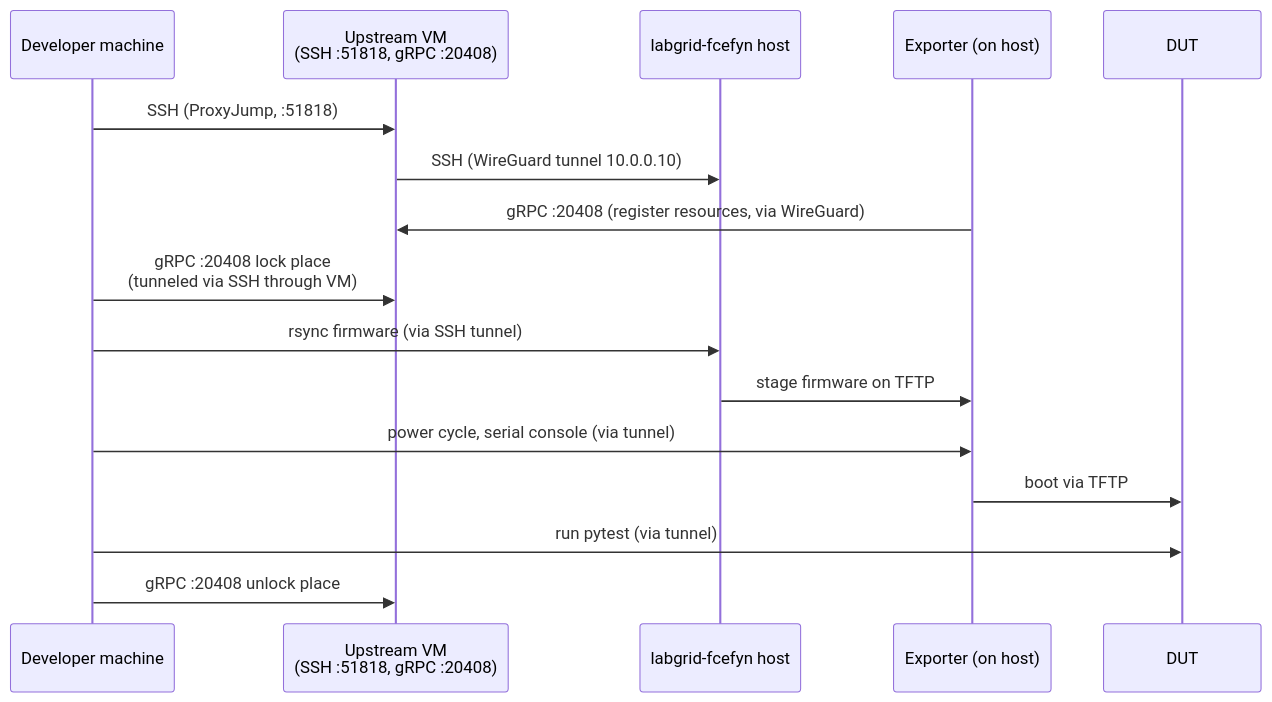
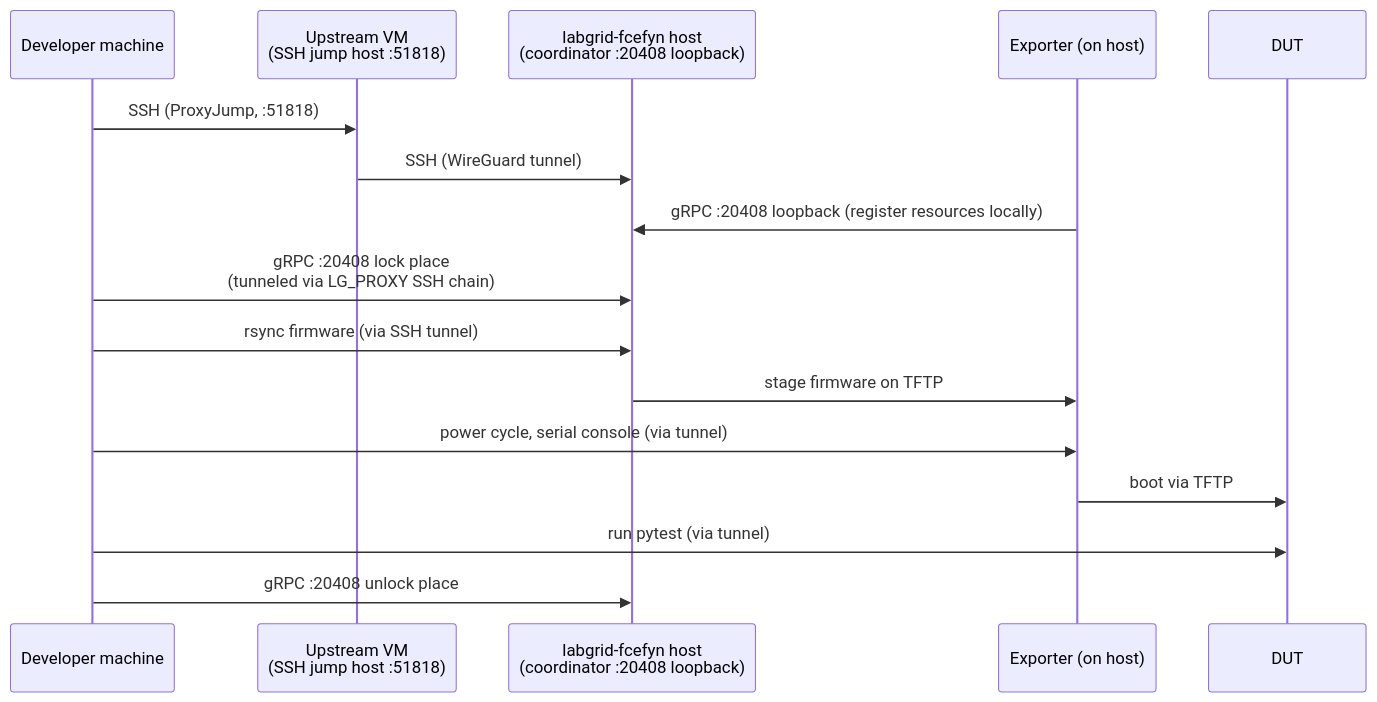
Before and after one commit to ccasanueva7/pi-hil-testing-utils: the diagram in docs/operar/developer-remote-access.md, drawn with Mermaid. The commit also changed 9 other files, not shown here.

````diff
--- a/docs/operar/developer-remote-access.md
+++ b/docs/operar/developer-remote-access.md
@@ -257,19 +257,19 @@
 ```mermaid
 sequenceDiagram
     participant Dev as Developer machine
-    participant VM as Upstream VM<br/>(SSH :51818, gRPC :20408)
-    participant Host as labgrid-fcefyn host
+    participant VM as Upstream VM<br/>(SSH jump host :51818)
+    participant Host as labgrid-fcefyn host<br/>(coordinator :20408 loopback)
     participant Exp as Exporter (on host)
     participant DUT as DUT
 
     Dev->>VM: SSH (ProxyJump, :51818)
-    VM->>Host: SSH (WireGuard tunnel 10.0.0.10)
-    Exp->>VM: gRPC :20408 (register resources, via WireGuard)
-    Dev->>VM: gRPC :20408 lock place<br/>(tunneled via SSH through VM)
+    VM->>Host: SSH (WireGuard tunnel)
+    Exp->>Host: gRPC :20408 loopback (register resources locally)
+    Dev->>Host: gRPC :20408 lock place<br/>(tunneled via LG_PROXY SSH chain)
     Dev->>Host: rsync firmware (via SSH tunnel)
     Host->>Exp: stage firmware on TFTP
     Dev->>Exp: power cycle, serial console (via tunnel)
     Exp->>DUT: boot via TFTP
     Dev->>DUT: run pytest (via tunnel)
-    Dev->>VM: gRPC :20408 unlock place
+    Dev->>Host: gRPC :20408 unlock place
 ```
````
